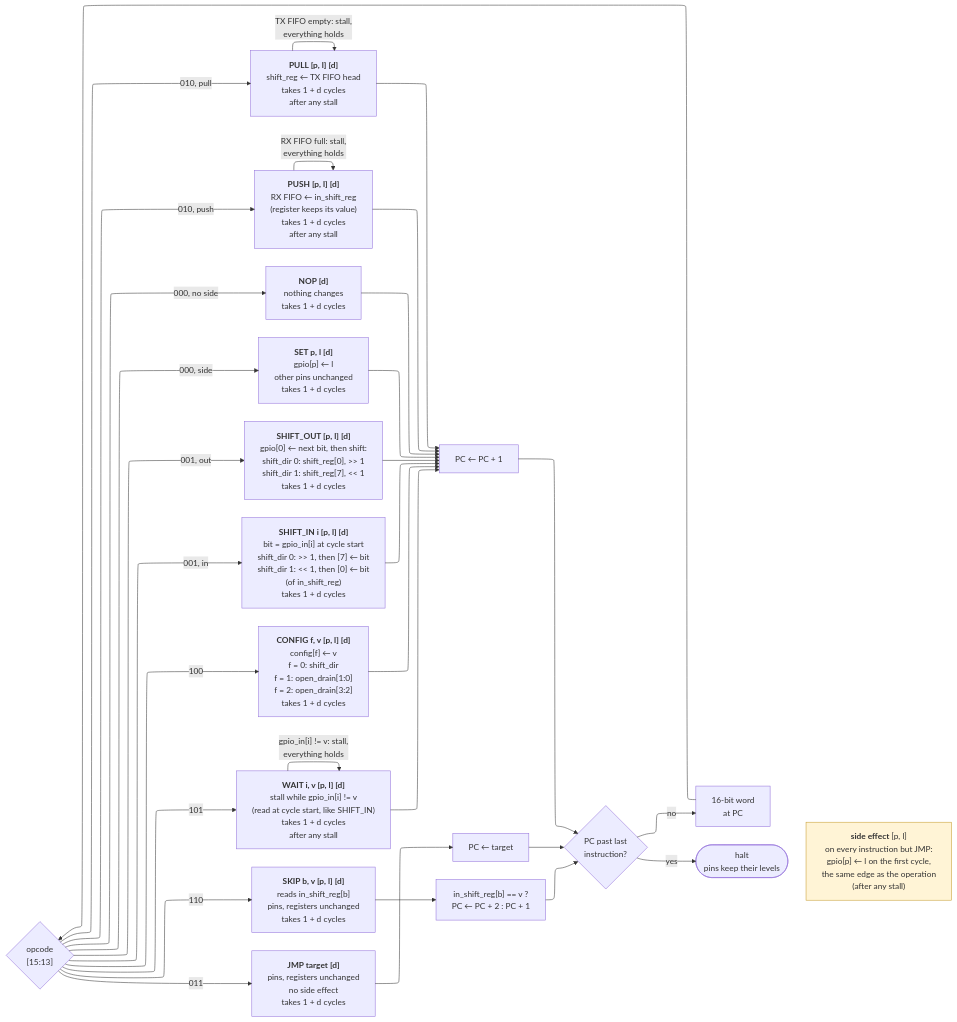
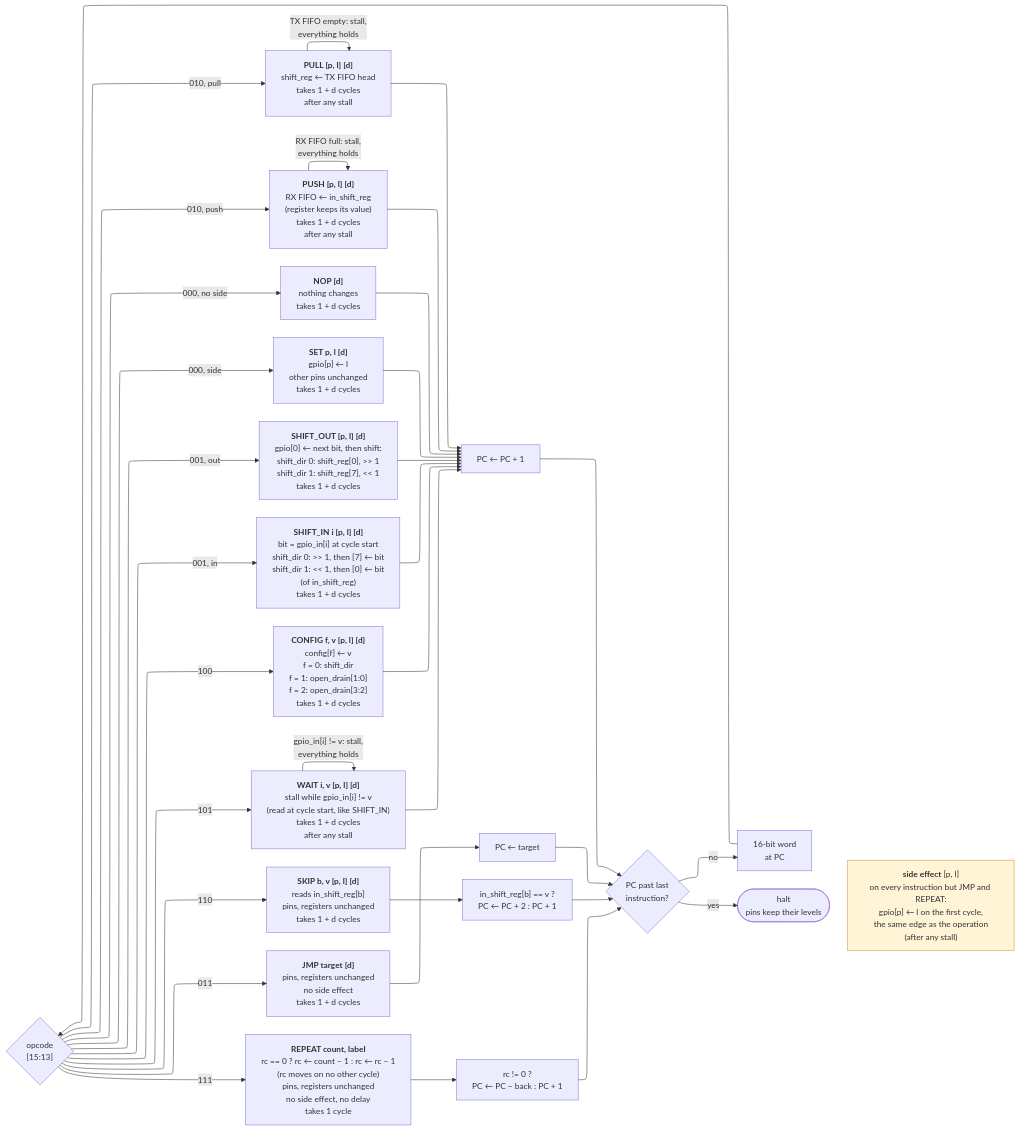
Before and after one commit to cshieldsce/smallcore: the diagram in docs/isa_execute.mmd, drawn with Mermaid. The commit also changed 5 other files, not shown here.

```diff
--- a/docs/isa_execute.mmd
+++ b/docs/isa_execute.mmd
@@ -1,33 +1,36 @@
 %%{init: {"flowchart": {"wrappingWidth": 260}}}%%
 flowchart-elk LR
   W["16-bit word<br/>at PC"] --> OP{"opcode<br/>[15:13]"}
   OP -->|"010, pull"| PULL["<b>PULL [p, l] [d]</b><br/>shift_reg ← TX FIFO head<br/>takes 1 + d cycles<br/>after any stall"]
   PULL -->|"TX FIFO empty: stall,<br/>everything holds"| PULL
   OP -->|"010, push"| PUSH["<b>PUSH [p, l] [d]</b><br/>RX FIFO ← in_shift_reg<br/>(register keeps its value)<br/>takes 1 + d cycles<br/>after any stall"]
   PUSH -->|"RX FIFO full: stall,<br/>everything holds"| PUSH
   OP -->|"000, no side"| NOP["<b>NOP [d]</b><br/>nothing changes<br/>takes 1 + d cycles"]
   OP -->|"000, side"| SET["<b>SET p, l [d]</b><br/>gpio[p] ← l<br/>other pins unchanged<br/>takes 1 + d cycles"]
   OP -->|"001, out"| SHIFT["<b>SHIFT_OUT [p, l] [d]</b><br/>gpio[0] ← next bit, then shift:<br/>shift_dir 0: shift_reg[0], >> 1<br/>shift_dir 1: shift_reg[7], << 1<br/>takes 1 + d cycles"]
   OP -->|"001, in"| SHIN["<b>SHIFT_IN i [p, l] [d]</b><br/>bit = gpio_in[i] at cycle start<br/>shift_dir 0: >> 1, then [7] ← bit<br/>shift_dir 1: << 1, then [0] ← bit<br/>(of in_shift_reg)<br/>takes 1 + d cycles"]
   OP -->|100| CFG["<b>CONFIG f, v [p, l] [d]</b><br/>config[f] ← v<br/>f = 0: shift_dir<br/>f = 1: open_drain[1:0]<br/>f = 2: open_drain[3:2]<br/>takes 1 + d cycles"]
   OP -->|101| WAIT["<b>WAIT i, v [p, l] [d]</b><br/>stall while gpio_in[i] != v<br/>(read at cycle start, like SHIFT_IN)<br/>takes 1 + d cycles<br/>after any stall"]
   WAIT -->|"gpio_in[i] != v: stall,<br/>everything holds"| WAIT
   OP -->|110| SKIP["<b>SKIP b, v [p, l] [d]</b><br/>reads in_shift_reg[b]<br/>pins, registers unchanged<br/>takes 1 + d cycles"]
   OP -->|011| JMP["<b>JMP target [d]</b><br/>pins, registers unchanged<br/>no side effect<br/>takes 1 + d cycles"]
+  OP -->|111| REP["<b>REPEAT count, label</b><br/>rc == 0 ? rc ← count − 1 : rc ← rc − 1<br/>(rc moves on no other cycle)<br/>pins, registers unchanged<br/>no side effect, no delay<br/>takes 1 cycle"]
   PULL --> NEXT["PC ← PC + 1"]
   PUSH --> NEXT
   NOP --> NEXT
   SET --> NEXT
   SHIFT --> NEXT
   SHIN --> NEXT
   CFG --> NEXT
   WAIT --> NEXT
   JMP --> JNEXT["PC ← target"]
   SKIP --> SNEXT["in_shift_reg[b] == v ?<br/>PC ← PC + 2 : PC + 1"]
-  HALT ~~~ SIDE["<b>side effect</b> [p, l]<br/>on every instruction but JMP:<br/>gpio[p] ← l on the first cycle,<br/>the same edge as the operation<br/>(after any stall)"]
+  REP --> RNEXT["rc != 0 ?<br/>PC ← PC − back : PC + 1"]
+  HALT ~~~ SIDE["<b>side effect</b> [p, l]<br/>on every instruction but JMP and REPEAT:<br/>gpio[p] ← l on the first cycle,<br/>the same edge as the operation<br/>(after any stall)"]
   NEXT --> END{"PC past last<br/>instruction?"}
   JNEXT --> END
   SNEXT --> END
+  RNEXT --> END
   END -->|no| W
   END -->|yes| HALT(["halt<br/>pins keep their levels"])
   style SIDE fill:#fff4d6,stroke:#c49a2a
```
